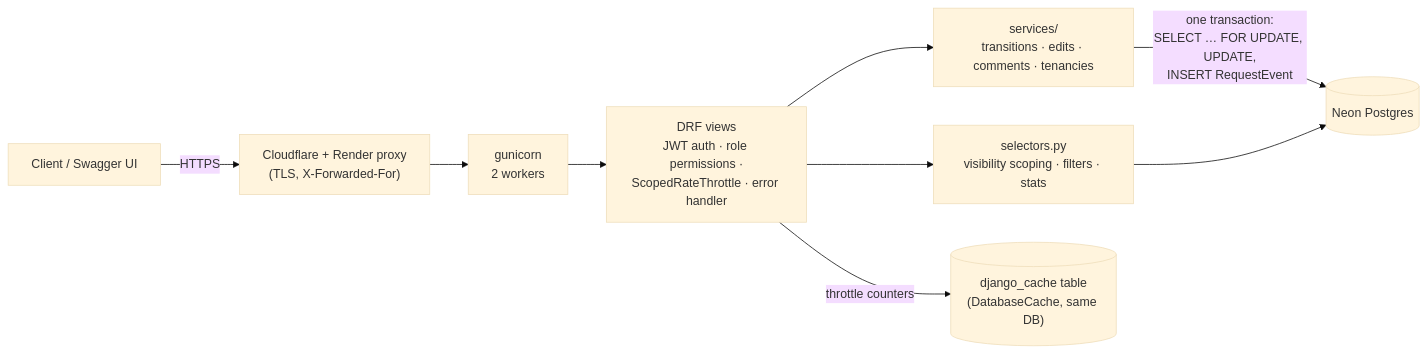
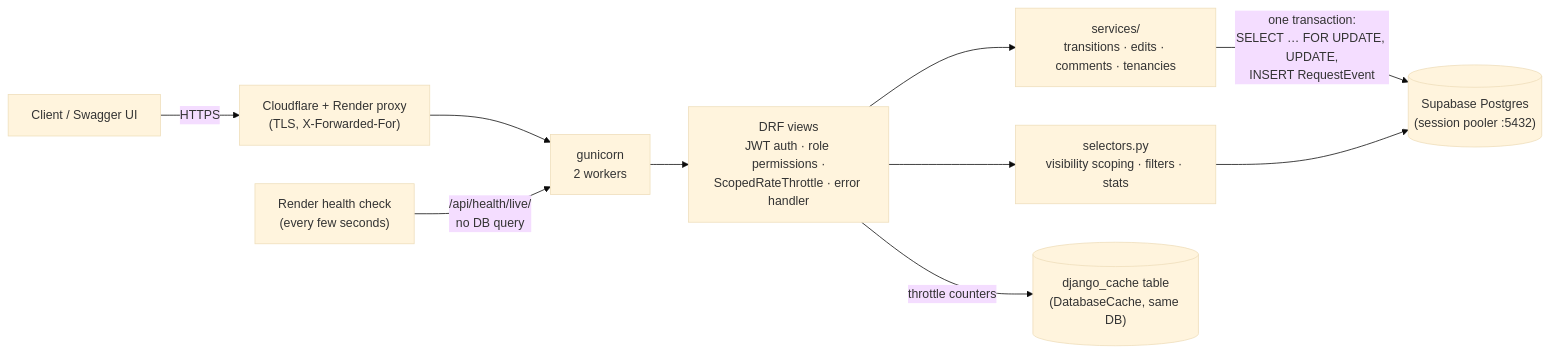
The diagram in README.md (MhBaigtw/fixflow), drawn with Mermaid (base theme) before and after one commit. The commit also changed other lines of this file and 11 other files, not shown here.

First line of the commit message:
fix(deploy): DB-free liveness check for Render; document Neon -> Supabase session pooler

````diff
--- a/README.md
+++ b/README.md
@@ -67,11 +68,12 @@
 ```mermaid
 flowchart LR
     client["Client / Swagger UI"] -->|HTTPS| edge["Cloudflare + Render proxy<br/>(TLS, X-Forwarded-For)"]
     edge --> gunicorn["gunicorn<br/>2 workers"]
     gunicorn --> views["DRF views<br/>JWT auth · role permissions ·<br/>ScopedRateThrottle · error handler"]
     views --> selectors["selectors.py<br/>visibility scoping · filters · stats"]
     views --> services["services/<br/>transitions · edits · comments · tenancies"]
-    services -->|"one transaction:<br/>SELECT … FOR UPDATE, UPDATE,<br/>INSERT RequestEvent"| db[("Neon Postgres")]
+    services -->|"one transaction:<br/>SELECT … FOR UPDATE, UPDATE,<br/>INSERT RequestEvent"| db[("Supabase Postgres<br/>(session pooler :5432)")]
     selectors --> db
     views -->|throttle counters| cache[("django_cache table<br/>(DatabaseCache, same DB)")]
+    probe["Render health check<br/>(every few seconds)"] -->|"/api/health/live/<br/>no DB query"| gunicorn
 ```
````
